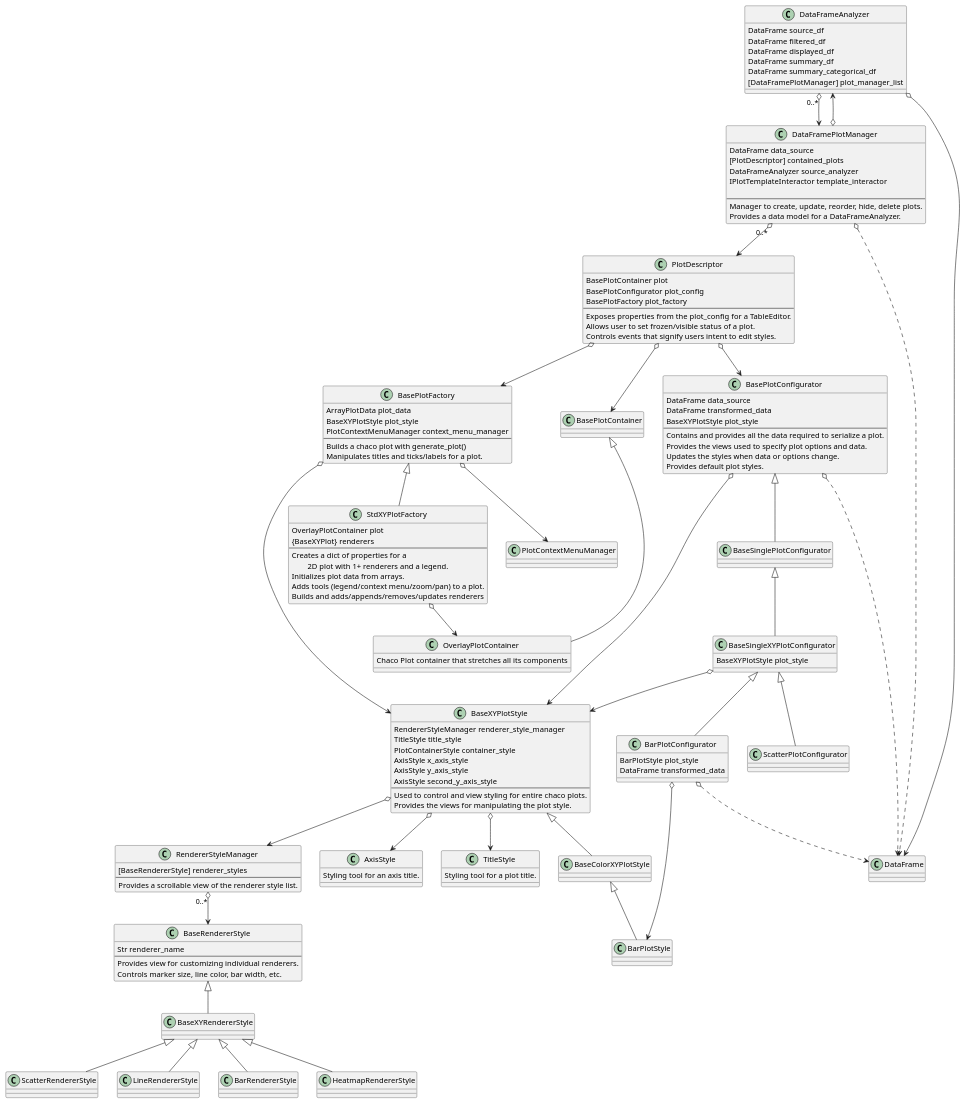
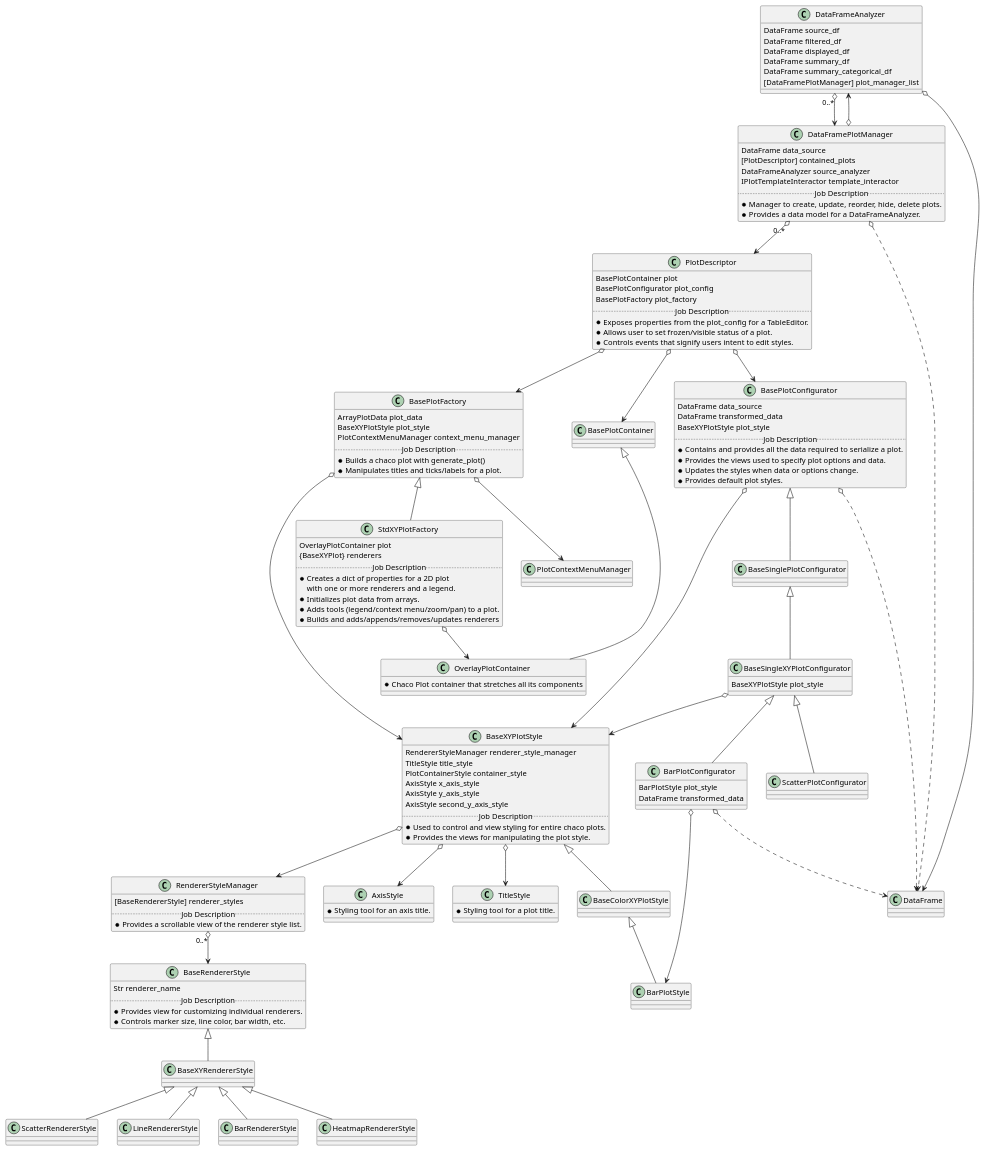
Before and after one commit to KBIbiopharma/pybleau: the diagram in pybleau_plotting.puml, drawn with PlantUML.

```diff
--- a/pybleau_plotting.puml
+++ b/pybleau_plotting.puml
@@ -1,145 +1,144 @@
 @startuml
 
 'class DataElement
 'DataElement <|-- DataFramePlotManager
 'DataElement <|-- DataFrameAnalyzer
 class DataFrameAnalyzer {
     DataFrame source_df
     DataFrame filtered_df
     DataFrame displayed_df
     DataFrame summary_df
     DataFrame summary_categorical_df
     [DataFramePlotManager] plot_manager_list
-
 }
 DataFrameAnalyzer o--> DataFrame
 DataFrameAnalyzer "0..*" o--> DataFramePlotManager
 
 class DataFramePlotManager {
     DataFrame data_source
     [PlotDescriptor] contained_plots
     DataFrameAnalyzer source_analyzer
     IPlotTemplateInteractor template_interactor
-
-    --
-    Manager to create, update, reorder, hide, delete plots.
-    Provides a data model for a DataFrameAnalyzer.
+    ..Job Description..
+    * Manager to create, update, reorder, hide, delete plots.
+    * Provides a data model for a DataFrameAnalyzer.
 }
 DataFramePlotManager "0..*" o--> PlotDescriptor
 DataFramePlotManager o..> DataFrame
 DataFramePlotManager o--> DataFrameAnalyzer
 
 class BasePlotFactory {
     ArrayPlotData plot_data
     BaseXYPlotStyle plot_style
     PlotContextMenuManager context_menu_manager
-    --
-    Builds a chaco plot with generate_plot()
-    Manipulates titles and ticks/labels for a plot.
+    ..Job Description..
+    * Builds a chaco plot with generate_plot()
+    * Manipulates titles and ticks/labels for a plot.
 }
 BasePlotFactory o--> BaseXYPlotStyle
 BasePlotFactory o--> PlotContextMenuManager
 
 class StdXYPlotFactory {
     OverlayPlotContainer plot
     {BaseXYPlot} renderers
-    --
-    Creates a dict of properties for a \n\t2D plot with 1+ renderers and a legend.
-    Initializes plot data from arrays.
-    Adds tools (legend/context menu/zoom/pan) to a plot.
-    Builds and adds/appends/removes/updates renderers
+    ..Job Description..
+    * Creates a dict of properties for a 2D plot
+    with one or more renderers and a legend.
+    * Initializes plot data from arrays.
+    * Adds tools (legend/context menu/zoom/pan) to a plot.
+    * Builds and adds/appends/removes/updates renderers
 }
 BasePlotContainer <|-- OverlayPlotContainer
 BasePlotFactory <|-- StdXYPlotFactory
 StdXYPlotFactory o--> OverlayPlotContainer
-OverlayPlotContainer : Chaco Plot container that stretches all its components
+OverlayPlotContainer : * Chaco Plot container that stretches all its components
 
 class BaseXYPlotStyle {
     RendererStyleManager renderer_style_manager
     TitleStyle title_style
     PlotContainerStyle container_style
     AxisStyle x_axis_style
     AxisStyle y_axis_style
     AxisStyle second_y_axis_style
-    --
-    Used to control and view styling for entire chaco plots.
-    Provides the views for manipulating the plot style.
+    ..Job Description..
+    * Used to control and view styling for entire chaco plots.
+    * Provides the views for manipulating the plot style.
 }
 BaseXYPlotStyle o--> RendererStyleManager
 BaseXYPlotStyle o--> AxisStyle
 BaseXYPlotStyle o--> TitleStyle
 BaseXYPlotStyle <|-- BaseColorXYPlotStyle
 BaseColorXYPlotStyle <|-- BarPlotStyle
 
-TitleStyle : Styling tool for a plot title.
-AxisStyle : Styling tool for an axis title.
+TitleStyle : * Styling tool for a plot title.
+AxisStyle : * Styling tool for an axis title.
 
 class RendererStyleManager {
     [BaseRendererStyle] renderer_styles
-    --
-    Provides a scrollable view of the renderer style list.
+    ..Job Description..
+    * Provides a scrollable view of the renderer style list.
 }
 RendererStyleManager "0..*" o--> BaseRendererStyle
 
 class BaseRendererStyle {
     Str renderer_name
-    --
-    Provides view for customizing individual renderers.
-    Controls marker size, line color, bar width, etc.
+    ..Job Description..
+    * Provides view for customizing individual renderers.
+    * Controls marker size, line color, bar width, etc.
 }
 BaseRendererStyle <|-- BaseXYRendererStyle
 BaseXYRendererStyle <|-- ScatterRendererStyle
 BaseXYRendererStyle <|-- LineRendererStyle
 BaseXYRendererStyle <|-- BarRendererStyle
 BaseXYRendererStyle <|-- HeatmapRendererStyle
 
 
 class PlotDescriptor {
     BasePlotContainer plot
     BasePlotConfigurator plot_config
     BasePlotFactory plot_factory
-    --
-    Exposes properties from the plot_config for a TableEditor.
-    Allows user to set frozen/visible status of a plot.
-    Controls events that signify users intent to edit styles.
+    ..Job Description..
+    * Exposes properties from the plot_config for a TableEditor.
+    * Allows user to set frozen/visible status of a plot.
+    * Controls events that signify users intent to edit styles.
 }
 PlotDescriptor o--> BasePlotContainer
 PlotDescriptor o--> BasePlotConfigurator
 PlotDescriptor o--> BasePlotFactory
 
 
 class BasePlotConfigurator {
     DataFrame data_source
     DataFrame transformed_data
     BaseXYPlotStyle plot_style
-    --
-    Contains and provides all the data required to serialize a plot.
-    Provides the views used to specify plot options and data.
-    Updates the styles when data or options change.
-    Provides default plot styles.
+    ..Job Description..
+    * Contains and provides all the data required to serialize a plot.
+    * Provides the views used to specify plot options and data.
+    * Updates the styles when data or options change.
+    * Provides default plot styles.
 }
 BasePlotConfigurator o..> DataFrame
 BasePlotConfigurator o--> BaseXYPlotStyle
 
 class BaseSingleXYPlotConfigurator {
     BaseXYPlotStyle plot_style
 }
 BaseSingleXYPlotConfigurator o--> BaseXYPlotStyle
 
 class BarPlotConfigurator {
     BarPlotStyle plot_style
     DataFrame transformed_data
 }
 BarPlotConfigurator o..> DataFrame
 BarPlotConfigurator o--> BarPlotStyle
 
 class ScatterPlotConfigurator
 BasePlotConfigurator <|-- BaseSinglePlotConfigurator
 'BasePlotConfigurator <|-- BaseMultiPlotConfigurator
 'BaseSingleXYPlotConfigurator <|-- MultiLinePlotConfigurator
 'BaseMultiPlotConfigurator <|-- MultiLinePlotConfigurator
 BaseSinglePlotConfigurator <|-- BaseSingleXYPlotConfigurator
 BaseSingleXYPlotConfigurator <|-- BarPlotConfigurator
 BaseSingleXYPlotConfigurator <|-- ScatterPlotConfigurator
 
 @enduml
```
